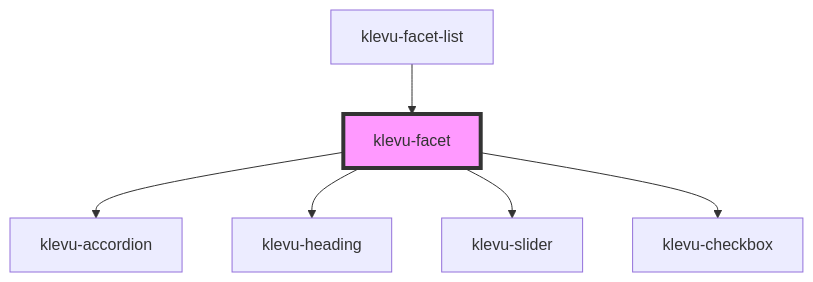
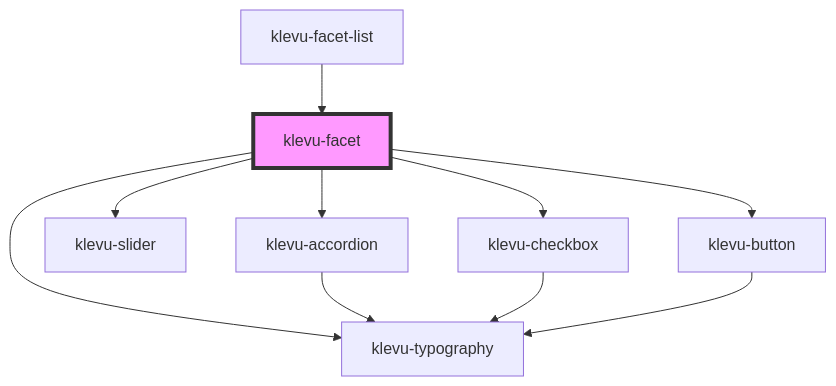
One commit to klevultd/frontend-sdk changed the diagram in packages/klevu-ui/src/components/klevu-facet/readme.md. Above: the diagram before and after it, drawn with Mermaid. The commit also changed other lines of this file and 199 other files, not shown here.

````diff
--- a/packages/klevu-ui/src/components/klevu-facet/readme.md
+++ b/packages/klevu-ui/src/components/klevu-facet/readme.md
@@ -40,9 +40,13 @@
 ```mermaid
 graph TD;
   klevu-facet --> klevu-accordion
-  klevu-facet --> klevu-heading
+  klevu-facet --> klevu-typography
   klevu-facet --> klevu-slider
   klevu-facet --> klevu-checkbox
+  klevu-facet --> klevu-button
+  klevu-accordion --> klevu-typography
+  klevu-checkbox --> klevu-typography
+  klevu-button --> klevu-typography
   klevu-facet-list --> klevu-facet
   style klevu-facet fill:#f9f,stroke:#333,stroke-width:4px
 ```
````
